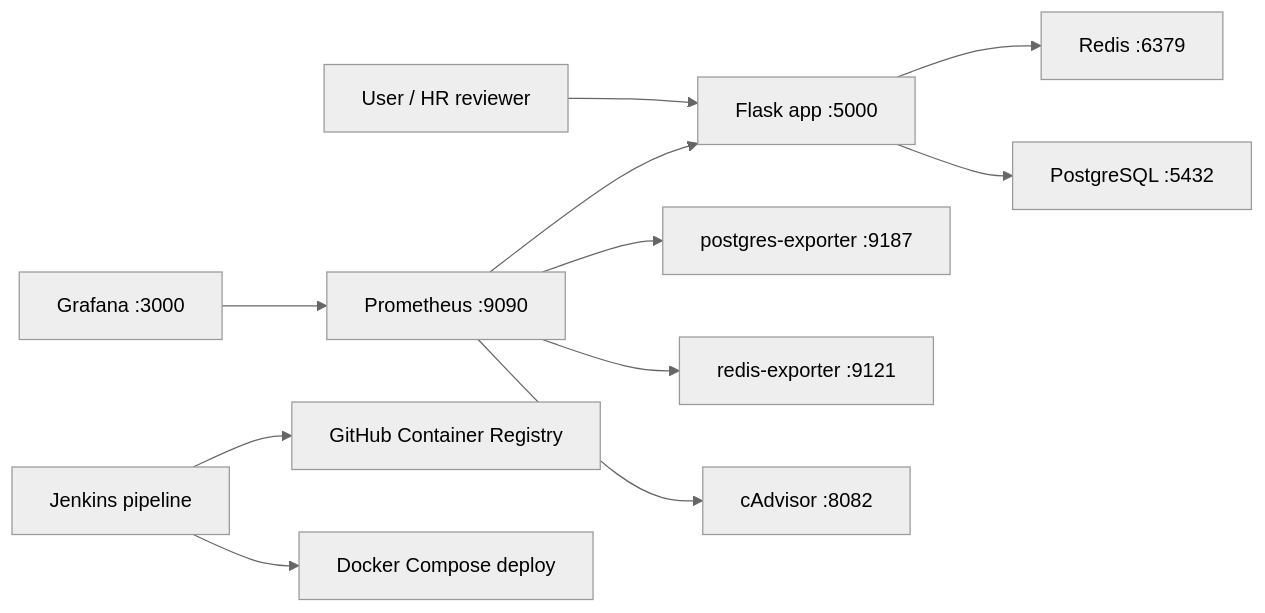
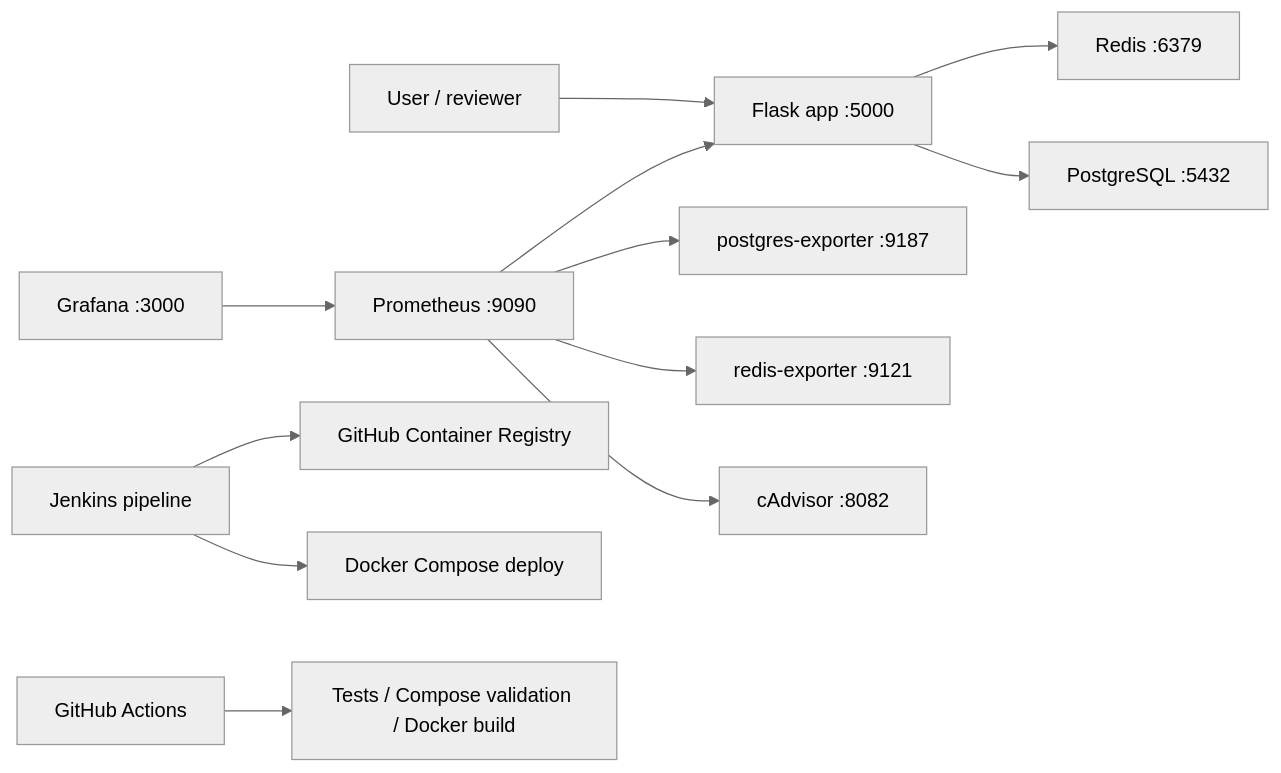
The diagram in README.md (x2slow4u/my-app), drawn with Mermaid (neutral theme) before and after one commit. The commit also changed other lines of this file and 10 other files, not shown here.

````diff
--- a/README.md
+++ b/README.md
@@ -15,13 +33,14 @@
 ```mermaid
 flowchart LR
-    User["User / HR reviewer"] --> Web["Flask app :5000"]
+    User["User / reviewer"] --> Web["Flask app :5000"]
     Web --> Redis["Redis :6379"]
     Web --> DB["PostgreSQL :5432"]
     Prom["Prometheus :9090"] --> Web
     Prom --> PgExp["postgres-exporter :9187"]
     Prom --> RedisExp["redis-exporter :9121"]
     Prom --> CAdvisor["cAdvisor :8082"]
     Grafana["Grafana :3000"] --> Prom
     Jenkins["Jenkins pipeline"] --> GHCR["GitHub Container Registry"]
     Jenkins --> Compose["Docker Compose deploy"]
+    Actions["GitHub Actions"] --> Tests["Tests / Compose validation / Docker build"]
 ```
````
